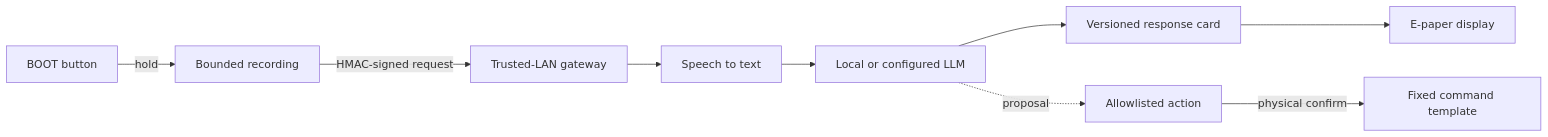
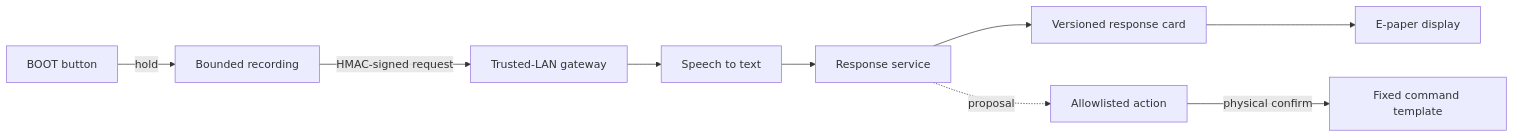
Before and after one commit to nikolareljin/ink-mate: the diagram in docs/index.md, drawn with Mermaid. The commit also changed other lines of this file and 3 other files, not shown here.

````diff
--- a/docs/index.md
+++ b/docs/index.md
@@ -38,11 +38,11 @@
 ```mermaid
 flowchart LR
   B[BOOT button] -->|hold| R[Bounded recording]
   R -->|HMAC-signed request| G[Trusted-LAN gateway]
   G --> S[Speech to text]
-  S --> L[Local or configured LLM]
+  S --> L[Response service]
   L --> C[Versioned response card]
   C --> E[E-paper display]
   L -. proposal .-> A[Allowlisted action]
   A -->|physical confirm| X[Fixed command template]
 ```
````
